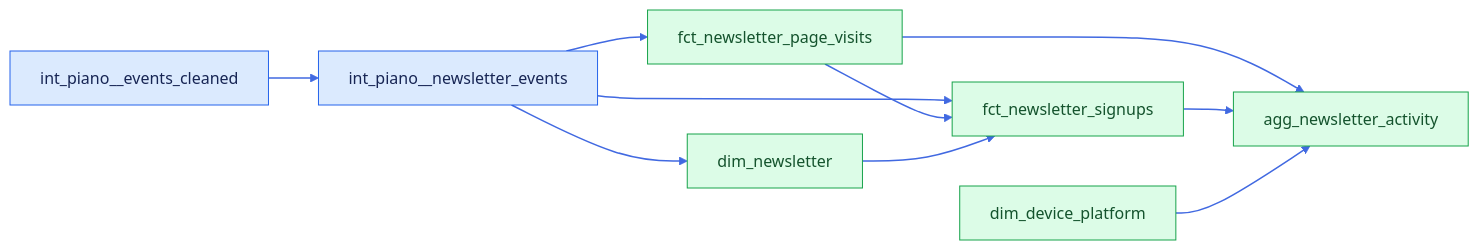
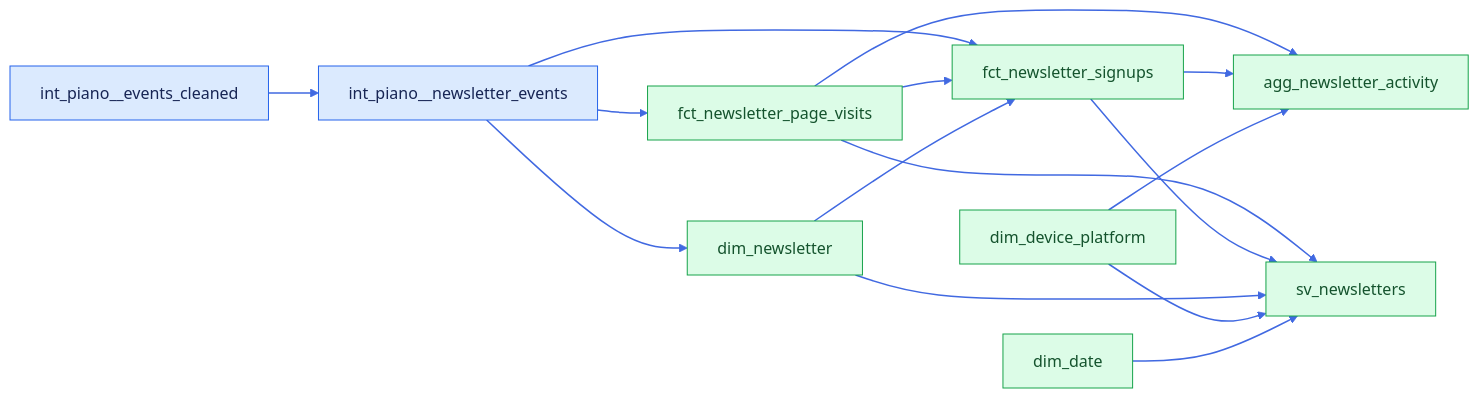
The eighth of 10 diagrams in docs/lineage.md (angelatanbbc/angela_bbc), drawn with Mermaid before and after one commit. The commit also changed other lines of this file and 3 other files, not shown here.

````diff
--- a/docs/lineage.md
+++ b/docs/lineage.md
@@ -285,15 +289,20 @@
 ```mermaid
 graph LR
     classDef model fill:#dbeafe,stroke:#2563eb,color:#172554
     classDef mart fill:#dcfce7,stroke:#16a34a,color:#14532d
     cleaned["int_piano__events_cleaned"]:::model --> events["int_piano__newsletter_events"]:::model
     events --> dim["dim_newsletter"]:::mart
     events --> visits["fct_newsletter_page_visits"]:::mart
     events --> signups["fct_newsletter_signups"]:::mart
     visits --> signups
     dim --> signups
     visits --> activity["agg_newsletter_activity"]:::mart
     signups --> activity
     device["dim_device_platform"]:::mart --> activity
-    linkStyle 0,1,2,3,4,5,6,7,8 stroke:#4169e1,stroke-width:1.5px
+    visits --> sv_n["sv_newsletters"]:::mart
+    signups --> sv_n
+    dim --> sv_n
+    device --> sv_n
+    dates["dim_date"]:::mart --> sv_n
+    linkStyle 0,1,2,3,4,5,6,7,8,9,10,11,12,13 stroke:#4169e1,stroke-width:1.5px
 ```
````
